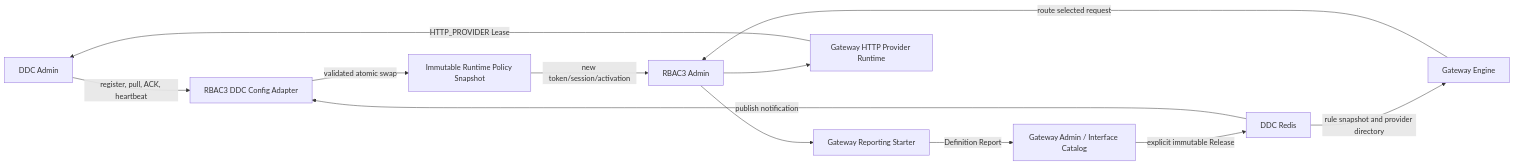
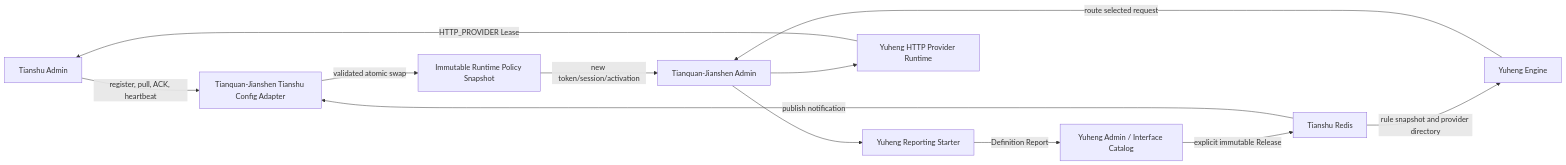
One commit to AllenDEricDAlexander/Egon-COLA changed the diagram in docs/superpowers/specs/2026-08-01-rbac3-ddc-gateway-integration-design.md. Above: the diagram before and after it, drawn with Mermaid. The commit also changed other lines of this file and 233 other files, not shown here.

````diff
--- a/docs/superpowers/specs/2026-08-01-rbac3-ddc-gateway-integration-design.md
+++ b/docs/superpowers/specs/2026-08-01-rbac3-ddc-gateway-integration-design.md
@@ -112,24 +112,24 @@
 ```mermaid
 flowchart LR
-    DDCAdmin["DDC Admin"]
-    DDCRedis["DDC Redis"]
-    RbacConfig["RBAC3 DDC Config Adapter"]
+    DDCAdmin["Tianshu Admin"]
+    DDCRedis["Tianshu Redis"]
+    RbacConfig["Tianquan-Jianshen Tianshu Config Adapter"]
     Policy["Immutable Runtime Policy Snapshot"]
-    RbacAdmin["RBAC3 Admin"]
-    GatewayStarter["Gateway Reporting Starter"]
-    ProviderRuntime["Gateway HTTP Provider Runtime"]
-    GatewayAdmin["Gateway Admin / Interface Catalog"]
-    GatewayEngine["Gateway Engine"]
+    RbacAdmin["Tianquan-Jianshen Admin"]
+    GatewayStarter["Yuheng Reporting Starter"]
+    ProviderRuntime["Yuheng HTTP Provider Runtime"]
+    GatewayAdmin["Yuheng Admin / Interface Catalog"]
+    GatewayEngine["Yuheng Engine"]
 
     DDCAdmin -->|"register, pull, ACK, heartbeat"| RbacConfig
     DDCRedis -->|"publish notification"| RbacConfig
     RbacConfig -->|"validated atomic swap"| Policy
     Policy -->|"new token/session/activation"| RbacAdmin
     RbacAdmin --> GatewayStarter
     GatewayStarter -->|"Definition Report"| GatewayAdmin
     RbacAdmin --> ProviderRuntime
     ProviderRuntime -->|"HTTP_PROVIDER Lease"| DDCAdmin
     GatewayAdmin -->|"explicit immutable Release"| DDCRedis
     DDCRedis -->|"rule snapshot and provider directory"| GatewayEngine
     GatewayEngine -->|"route selected request"| RbacAdmin
 ```
````
